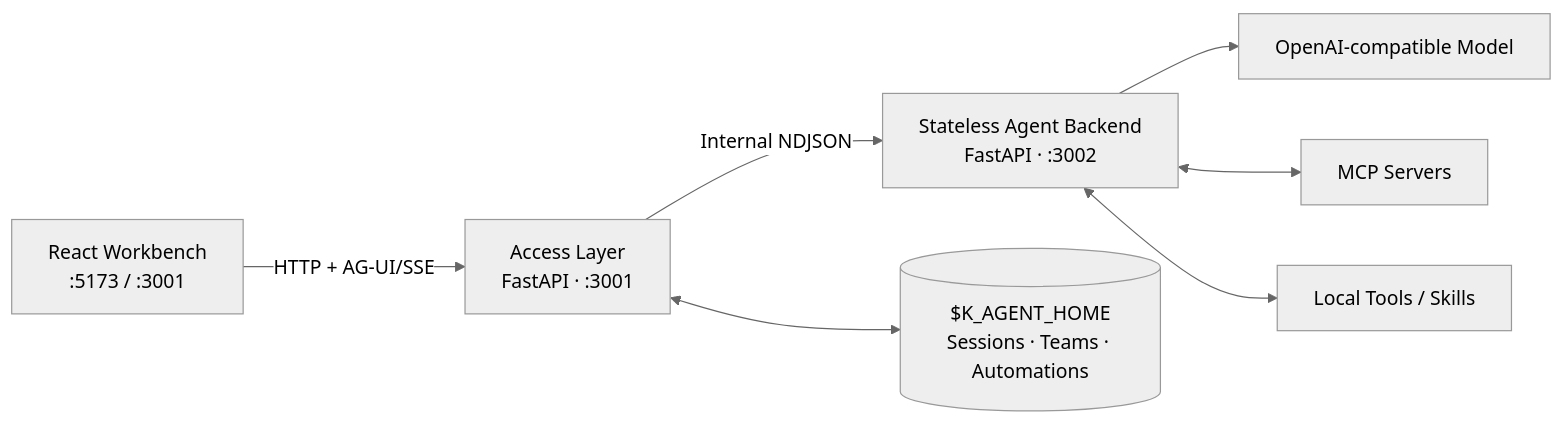
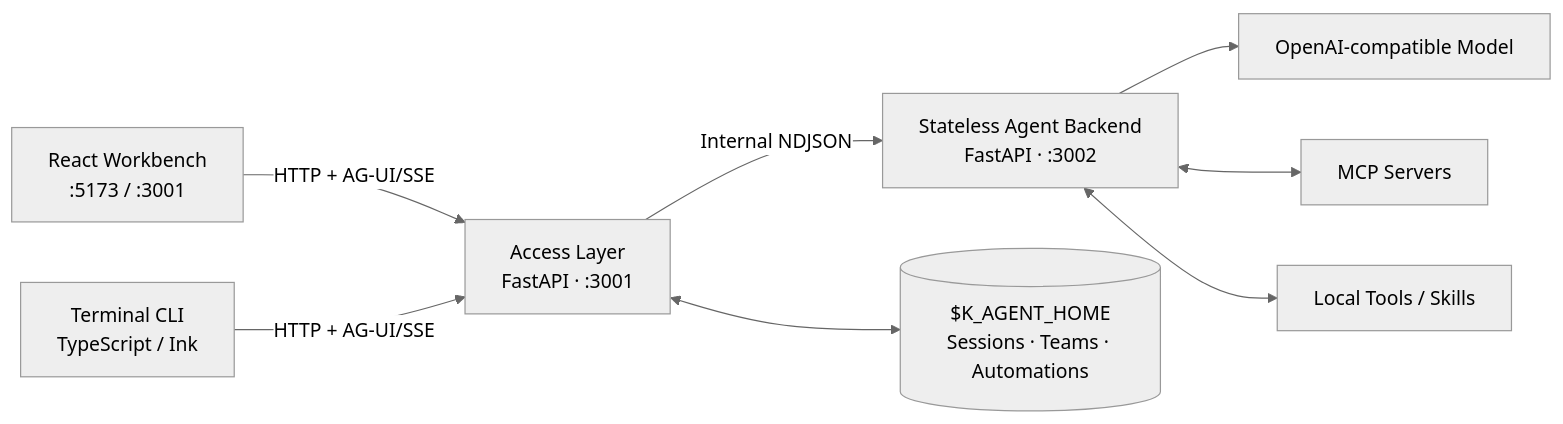
The diagram in README.md (Sun-Kas/k_agent), drawn with Mermaid (neutral theme) before and after one commit. The commit also changed other lines of this file and 1 other file, not shown here.

Commit message:
Document CLI, marketplace, and tool runtime architecture

````diff
--- a/README.md
+++ b/README.md
@@ -67,17 +77,19 @@
 ```mermaid
 flowchart LR
     UI["React Workbench<br/>:5173 / :3001"]
+    CLI["Terminal CLI<br/>TypeScript / Ink"]
     AL["Access Layer<br/>FastAPI · :3001"]
     BE["Stateless Agent Backend<br/>FastAPI · :3002"]
     MODEL["OpenAI-compatible Model"]
     MCP["MCP Servers"]
     TOOLS["Local Tools / Skills"]
     STATE[("$K_AGENT_HOME<br/>Sessions · Teams · Automations")]
 
     UI -->|"HTTP + AG-UI/SSE"| AL
+    CLI -->|"HTTP + AG-UI/SSE"| AL
     AL -->|"Internal NDJSON"| BE
     AL <--> STATE
     BE --> MODEL
     BE <--> MCP
     BE <--> TOOLS
 ```
````
